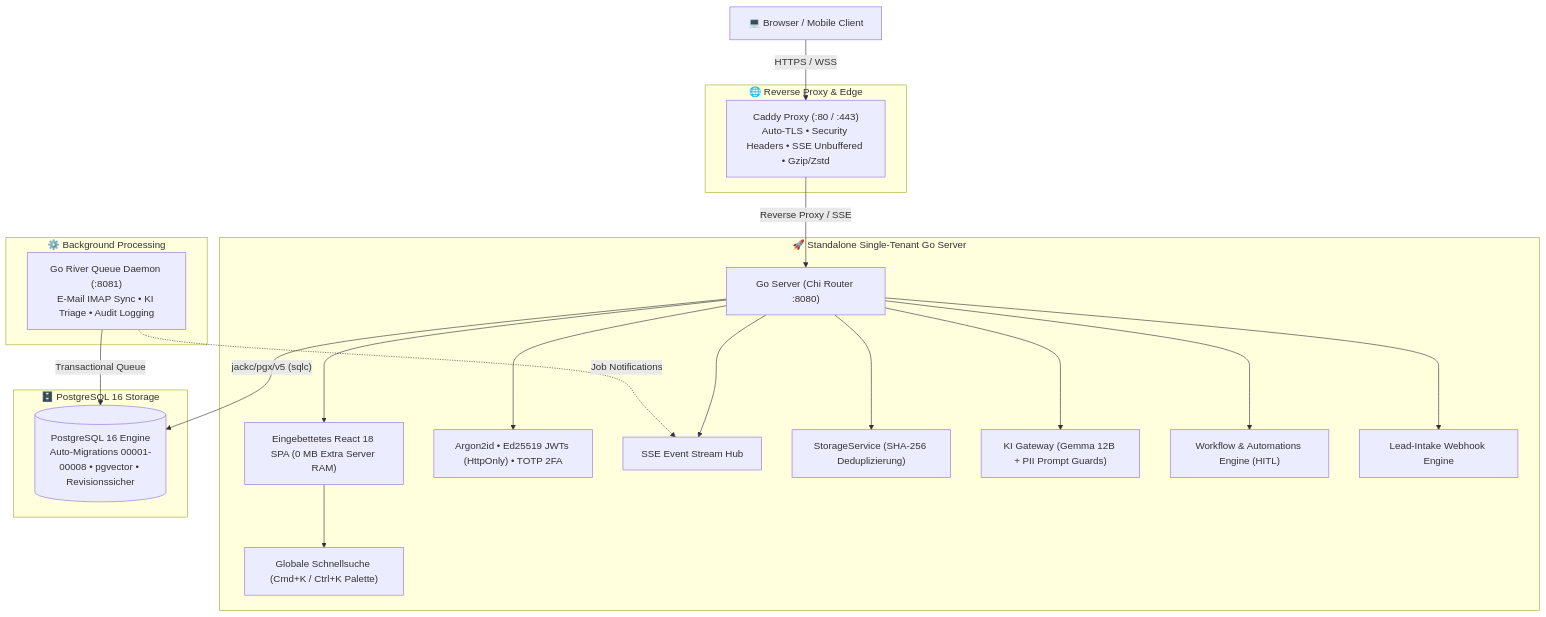
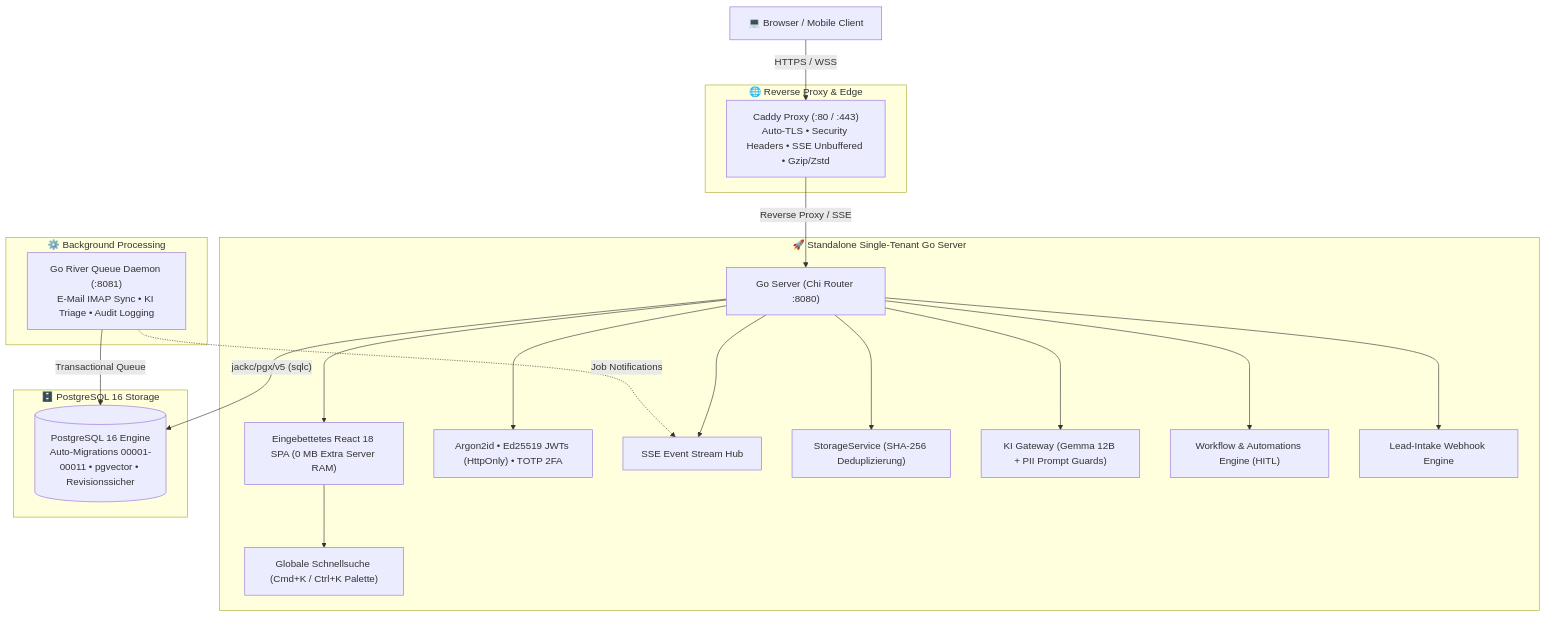
The diagram in README.md (boreddev1/openlocalcrm), drawn with Mermaid before and after one commit. The commit also changed other lines of this file and 35 other files, not shown here.

````diff
--- a/README.md
+++ b/README.md
@@ -19,40 +30,40 @@
 ```mermaid
 flowchart TD
     subgraph Reverse_Proxy ["🌐 Reverse Proxy & Edge"]
         Caddy["Caddy Proxy (:80 / :443)<br/>Auto-TLS • Security Headers • SSE Unbuffered • Gzip/Zstd"]
     end
 
     subgraph App_Server ["🚀 Standalone Single-Tenant Go Server"]
         ChiRouter["Go Server (Chi Router :8080)"]
         EmbeddedSPA["Eingebettetes React 18 SPA (0 MB Extra Server RAM)"]
         CmdK["Globale Schnellsuche (Cmd+K / Ctrl+K Palette)"]
         AuthModule["Argon2id • Ed25519 JWTs (HttpOnly) • TOTP 2FA"]
         SSEHub["SSE Event Stream Hub"]
         StorageSvc["StorageService (SHA-256 Deduplizierung)"]
         AIGateway["KI Gateway (Gemma 12B + PII Prompt Guards)"]
         Automations["Workflow & Automations Engine (HITL)"]
         Connectors["Lead-Intake Webhook Engine"]
     end
 
     subgraph Worker_Daemon ["⚙️ Background Processing"]
         RiverWorker["Go River Queue Daemon (:8081)<br/>E-Mail IMAP Sync • KI Triage • Audit Logging"]
     end
 
     subgraph Database ["🗄️ PostgreSQL 16 Storage"]
-        PostgresDB[("PostgreSQL 16 Engine<br/>Auto-Migrations 00001-00008 • pgvector • Revisionssicher")]
+        PostgresDB[("PostgreSQL 16 Engine<br/>Auto-Migrations 00001-00011 • pgvector • Revisionssicher")]
     end
 
     Client["💻 Browser / Mobile Client"] -->|"HTTPS / WSS"| Caddy
     Caddy -->|"Reverse Proxy / SSE"| ChiRouter
     ChiRouter --> EmbeddedSPA
     EmbeddedSPA --> CmdK
     ChiRouter --> AuthModule
     ChiRouter --> SSEHub
     ChiRouter --> StorageSvc
     ChiRouter --> AIGateway
     ChiRouter --> Automations
     ChiRouter --> Connectors
     ChiRouter -->|"jackc/pgx/v5 (sqlc)"| PostgresDB
     RiverWorker -->|"Transactional Queue"| PostgresDB
     RiverWorker -.->|"Job Notifications"| SSEHub
 ```
````
